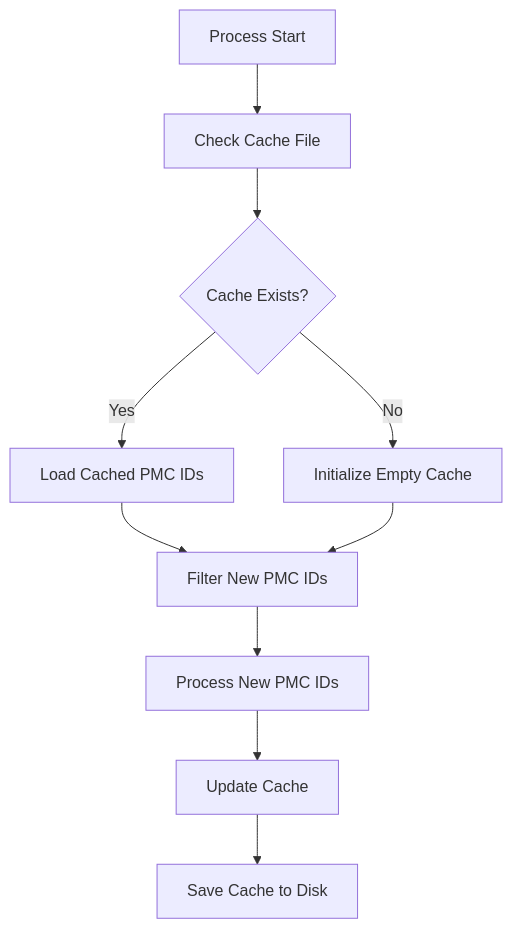
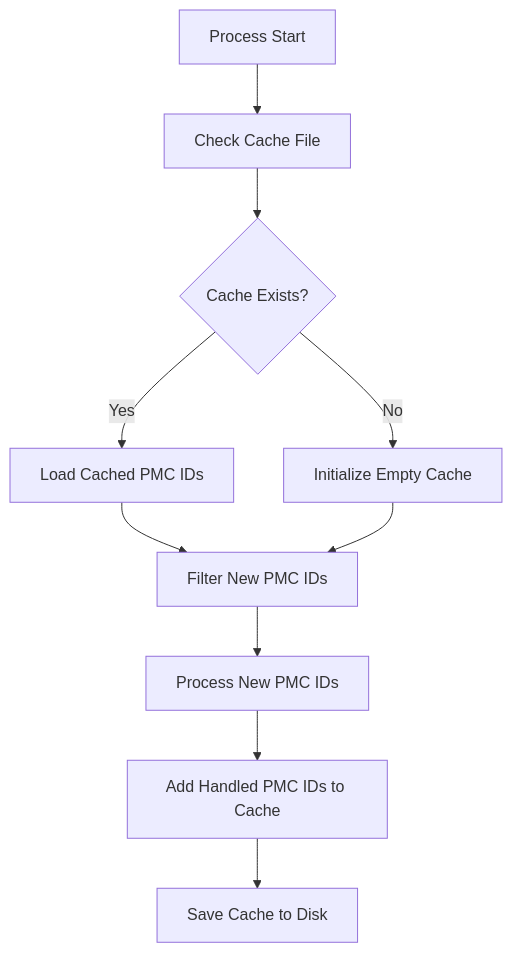
The ninth of 10 diagrams in docs/architecture/index.md (AlexJSully/Publication-Figure-Retrieval), drawn with Mermaid before and after one commit. The commit also changed other lines of this file and 28 other files, not shown here.

First line of the commit message:
Fix unable to retrieve figure publication images (#242)

````diff
--- a/docs/architecture/index.md
+++ b/docs/architecture/index.md
@@ -295,15 +306,15 @@
 ```mermaid
 graph TB
     accTitle: Caching and Resume Capability
-    accDescr: At process start the tool checks for the cache file. If it exists, the cached PMC IDs are loaded; if not, an empty cache is initialized. New PMC IDs are filtered from the cache, processed, and the cache is updated and saved to disk.
+    accDescr: At process start the tool checks for the cache file. If it exists, the cached PMC IDs are loaded; if not, an empty cache is initialized. New PMC IDs are filtered from the cache and processed, then only the IDs of handled articles are added to the cache, which is saved to disk. Articles that failed stay uncached and are retried on the next run.
 
     A[Process Start] --> B[Check Cache File]
     B --> C{Cache Exists?}
     C -->|Yes| D[Load Cached PMC IDs]
     C -->|No| E[Initialize Empty Cache]
     D --> F[Filter New PMC IDs]
     E --> F
     F --> G[Process New PMC IDs]
-    G --> H[Update Cache]
+    G --> H[Add Handled PMC IDs to Cache]
     H --> I[Save Cache to Disk]
 ```
````
